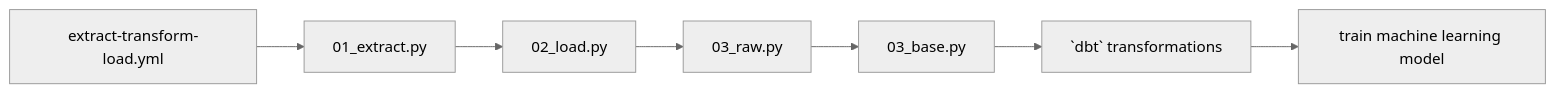
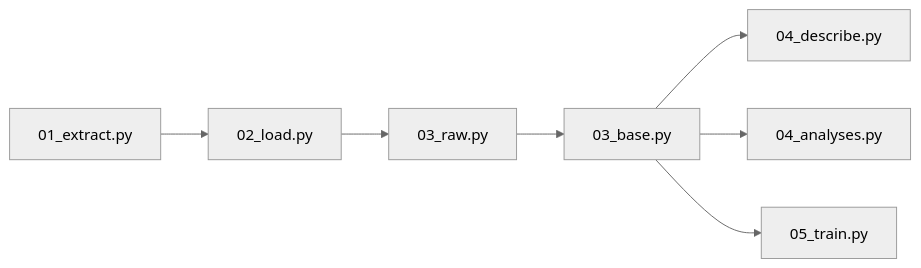
The diagram in README.md (namtonthat/powerlifting-ml-progress), drawn with Mermaid (neutral theme) before and after one commit. The commit also changed other lines of this file and 38 other files, not shown here.

````diff
--- a/README.md
+++ b/README.md
@@ -20,18 +26,9 @@
 ```mermaid
 graph LR
-
-    A[extract-transform-load.yml]
-    B[01_extract.py]
-    C[02_load.py]
-    D[03_raw.py]
-    E[03_base.py]
-    F[`dbt` transformations]
-    G[train machine learning model]
-
-    A --> B
-    B --> C
-    C --> D
-    D --> E
-    E --> F
-    F --> G
+    A[01_extract.py] --> B[02_load.py]
+    B --> C[03_raw.py]
+    C --> D[03_base.py]
+    D --> E[04_describe.py]
+    D --> F[04_analyses.py]
+    D --> G[05_train.py]
 ```
````
